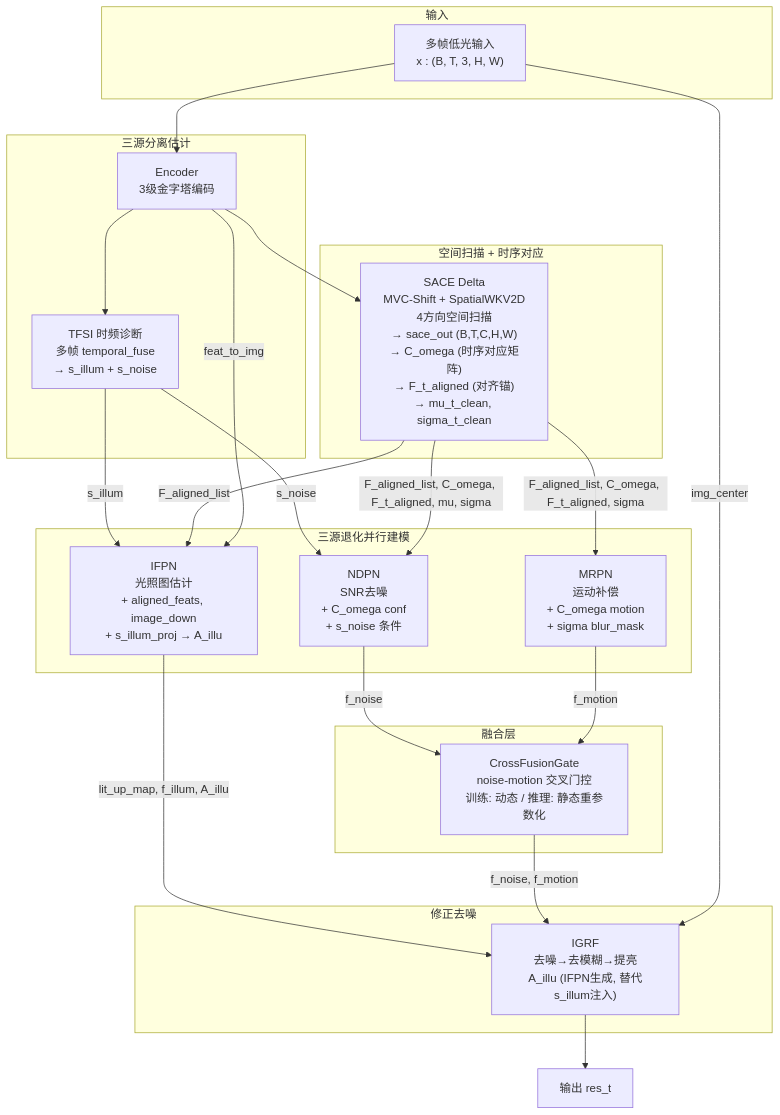
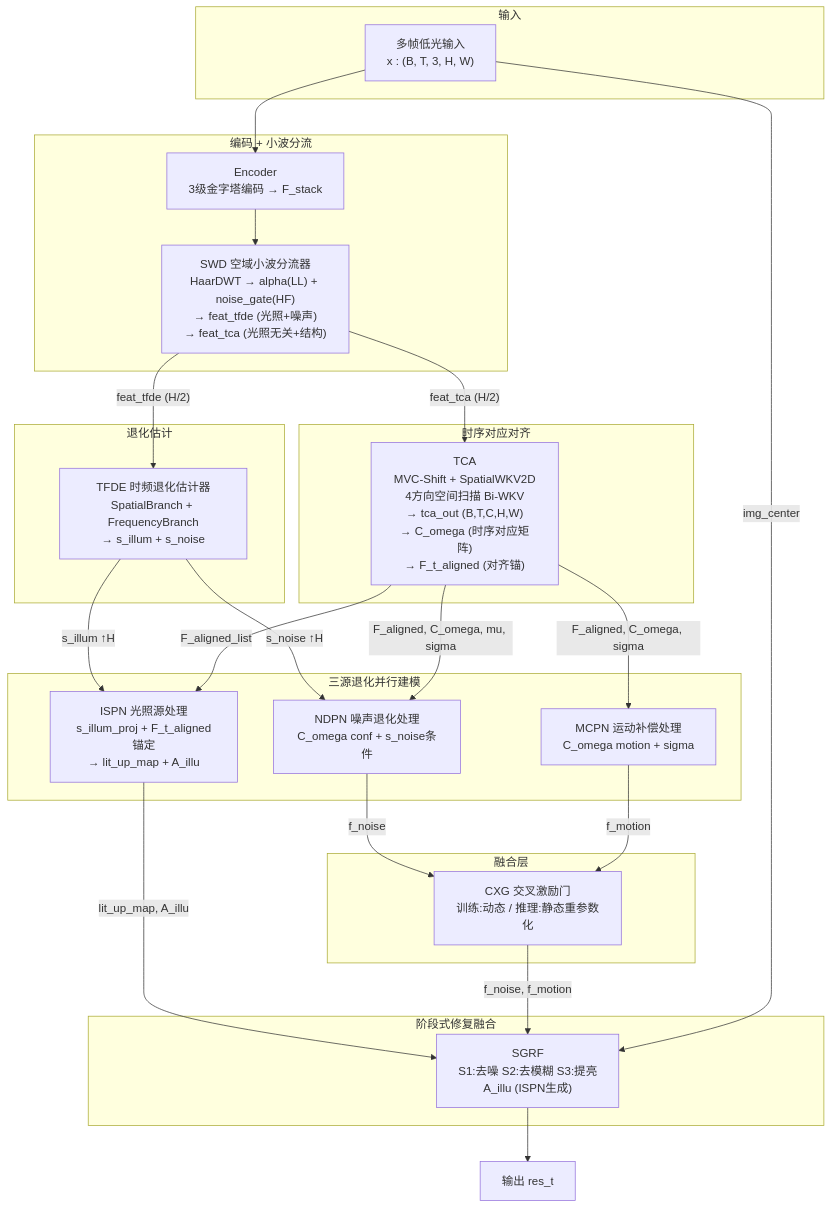
One commit to chendeming2002/TFS-Net changed the first of 2 diagrams in docs/v6/RWKV-Delta-model/v6-delta-diagrams.md. Above: the diagram before and after it, drawn with Mermaid. The commit also changed other lines of this file, not shown here.

Commit message:
Delta1-Flight II -pic

````diff
--- a/docs/v6/RWKV-Delta-model/v6-delta-diagrams.md
+++ b/docs/v6/RWKV-Delta-model/v6-delta-diagrams.md
@@ -5,50 +5,54 @@
 ```mermaid
 flowchart TD
     subgraph 输入
         IN["多帧低光输入<br/>x : (B, T, 3, H, W)"]
     end
 
-    subgraph 诊断层["三源分离估计"]
-        ENC["Encoder<br/>3级金字塔编码"]
-        TFSI["TFSI 时频诊断<br/>多帧 temporal_fuse<br/>→ s_illum + s_noise"]
+    subgraph 编码分流["编码 + 小波分流"]
+        ENC["Encoder<br/>3级金字塔编码 → F_stack"]
+        SWD["SWD 空域小波分流器<br/>HaarDWT → alpha(LL) + noise_gate(HF)<br/>→ feat_tfde (光照+噪声)<br/>→ feat_tca (光照无关+结构)"]
     end
 
-    subgraph 对齐层["空间扫描 + 时序对应"]
-        SACE["SACE Delta<br/>MVC-Shift + SpatialWKV2D<br/>4方向空间扫描<br/>→ sace_out (B,T,C,H,W)<br/>→ C_omega (时序对应矩阵)<br/>→ F_t_aligned (对齐锚)<br/>→ mu_t_clean, sigma_t_clean"]
+    subgraph 诊断["退化估计"]
+        TFDE["TFDE 时频退化估计器<br/>SpatialBranch + FrequencyBranch<br/>→ s_illum + s_noise"]
+    end
+
+    subgraph 对齐["时序对应对齐"]
+        TCA["TCA<br/>MVC-Shift + SpatialWKV2D<br/>4方向空间扫描 Bi-WKV<br/>→ tca_out (B,T,C,H,W)<br/>→ C_omega (时序对应矩阵)<br/>→ F_t_aligned (对齐锚)"]
     end
 
     subgraph 处理层["三源退化并行建模"]
-        IFPN["IFPN<br/>光照图估计<br/>+ aligned_feats, image_down<br/>+ s_illum_proj → A_illu"]
-        NDPN["NDPN<br/>SNR去噪<br/>+ C_omega conf<br/>+ s_noise 条件"]
-        MRPN["MRPN<br/>运动补偿<br/>+ C_omega motion<br/>+ sigma blur_mask"]
+        ISPN["ISPN 光照源处理<br/>s_illum_proj + F_t_aligned锚定<br/>→ lit_up_map + A_illu"]
+        NDPN["NDPN 噪声退化处理<br/>C_omega conf + s_noise条件"]
+        MCPN["MCPN 运动补偿处理<br/>C_omega motion + sigma"]
     end
 
     subgraph 融合层
-        CXF["CrossFusionGate<br/>noise-motion 交叉门控<br/>训练: 动态 / 推理: 静态重参数化"]
+        CXG["CXG 交叉激励门<br/>训练:动态 / 推理:静态重参数化"]
     end
 
-    subgraph 执行层["修正去噪"]
-        IGRF["IGRF<br/>去噪→去模糊→提亮<br/>A_illu (IFPN生成, 替代s_illum注入)"]
+    subgraph 执行层["阶段式修复融合"]
+        SGRF["SGRF<br/>S1:去噪 S2:去模糊 S3:提亮<br/>A_illu (ISPN生成)"]
     end
 
     OUT["输出 res_t"]
 
     IN --> ENC
-    ENC --> TFSI
-    ENC --> SACE
-    TFSI -- "s_illum" --> IFPN
-    TFSI -- "s_noise" --> NDPN
+    ENC --> SWD
+    SWD -- "feat_tfde (H/2)" --> TFDE
+    SWD -- "feat_tca (H/2)" --> TCA
+    TFDE -- "s_illum ↑H" --> ISPN
+    TFDE -- "s_noise ↑H" --> NDPN
 
-    SACE -- "F_aligned_list" --> IFPN
-    SACE -- "F_aligned_list, C_omega, F_t_aligned, mu, sigma" --> NDPN
-    SACE -- "F_aligned_list, C_omega, F_t_aligned, sigma" --> MRPN
+    TCA -- "F_aligned_list" --> ISPN
+    TCA -- "F_aligned, C_omega, mu, sigma" --> NDPN
+    TCA -- "F_aligned, C_omega, sigma" --> MCPN
 
-    IFPN -- "lit_up_map, f_illum, A_illu" --> IGRF
-    NDPN -- "f_noise" --> CXF
-    MRPN -- "f_motion" --> CXF
-    CXF -- "f_noise, f_motion" --> IGRF
+    ISPN -- "lit_up_map, A_illu" --> SGRF
+    NDPN -- "f_noise" --> CXG
+    MCPN -- "f_motion" --> CXG
+    CXG -- "f_noise, f_motion" --> SGRF
 
-    IGRF --> OUT
-    IN -- "img_center" --> IGRF
-    ENC -- "feat_to_img" --> IFPN
+    IN -- "img_center" --> SGRF
+    SGRF --> OUT
 ```
````
